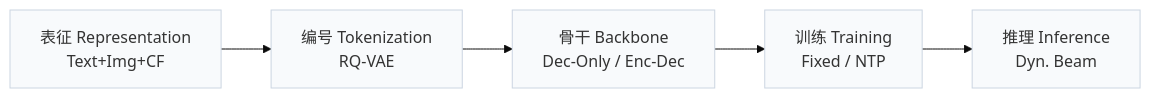
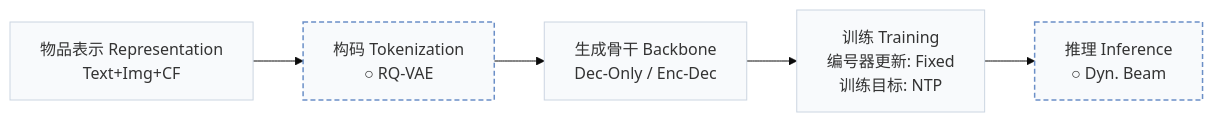
Before and after one commit to Galaxy-ghost/Awesome-SID-Generative-Rec: the first of 3 diagrams in pages/zh/papers/forge.md, drawn with Mermaid (base theme). The commit also changed other lines of this file and 558 other files, not shown here.

````diff
--- a/pages/zh/papers/forge.md
+++ b/pages/zh/papers/forge.md
@@ -15,6 +18,8 @@
 ```mermaid
 flowchart LR
-    R["表征 Representation<br/>Text+Img+CF"] --> T["编号 Tokenization<br/>RQ-VAE"] --> B["骨干 Backbone<br/>Dec-Only / Enc-Dec"] --> TR["训练 Training<br/>Fixed / NTP"] --> I["推理 Inference<br/>Dyn. Beam"]
+    R["物品表示 Representation<br/>Text+Img+CF"] --> T["构码 Tokenization<br/>○ RQ-VAE"] --> B["生成骨干 Backbone<br/>Dec-Only / Enc-Dec"] --> TR["训练 Training<br/>编号器更新: Fixed<br/>训练目标: NTP"] --> I["推理 Inference<br/>○ Dyn. Beam"]
     classDef base fill:#f8fafc,stroke:#cbd5e1
     class R,T,B,TR,I base
+    classDef other fill:#f8fafc,stroke:#6b8fc7,stroke-width:1.5px,stroke-dasharray:5 3
+    class T,I other
 ```
````
